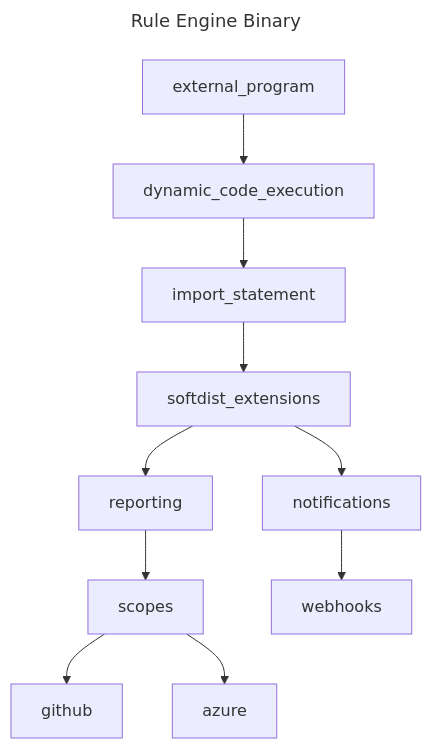
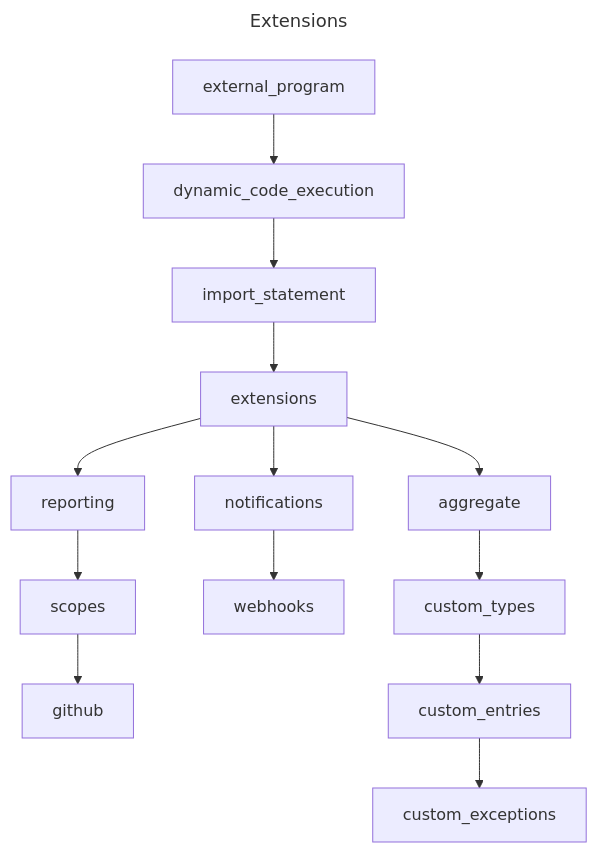
Before and after one commit to pkgdist/extensions: the diagram in README.md, drawn with Mermaid. The commit also changed other lines of this file and 28 other files, not shown here.

````diff
--- a/README.md
+++ b/README.md
@@ -172,10 +181,10 @@
 ```mermaid
 ---
-title: Rule Engine Binary
+title: Extensions
 ---
   graph TD;
-      external_program-->dynamic_code_execution-->import_statement-->softdist_extensions
-      softdist_extensions-->reporting-->scopes-->github
-      scopes-->azure
-      softdist_extensions-->notifications-->webhooks
+      external_program-->dynamic_code_execution-->import_statement-->extensions
+      extensions-->reporting-->scopes-->github
+      extensions-->notifications-->webhooks
+      extensions-->aggregate-->custom_types-->custom_entries-->custom_exceptions
 ```
````
